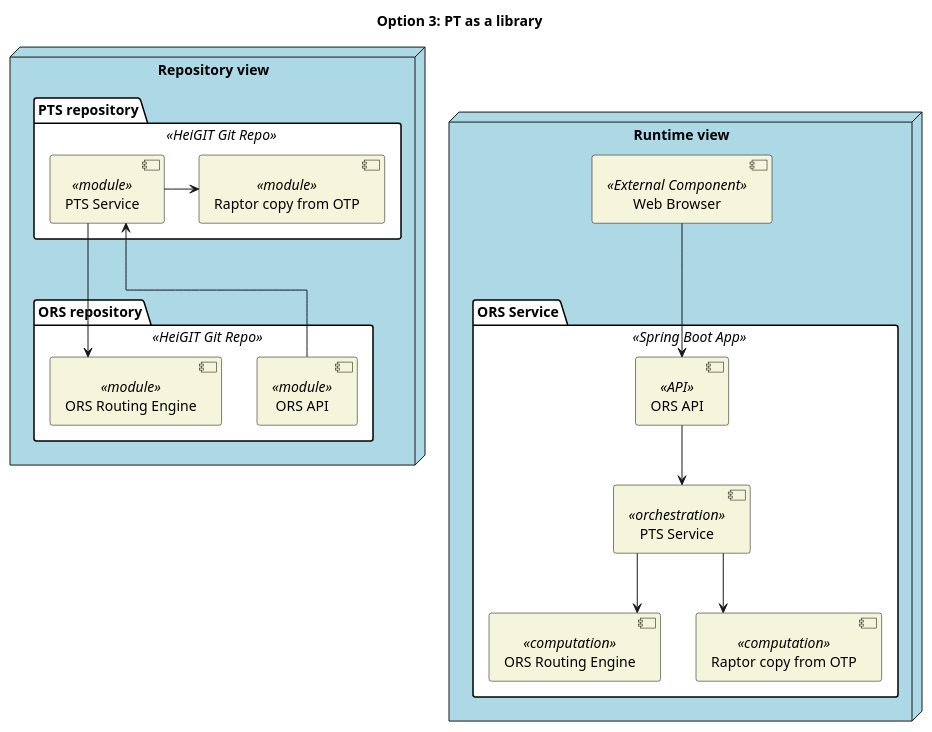
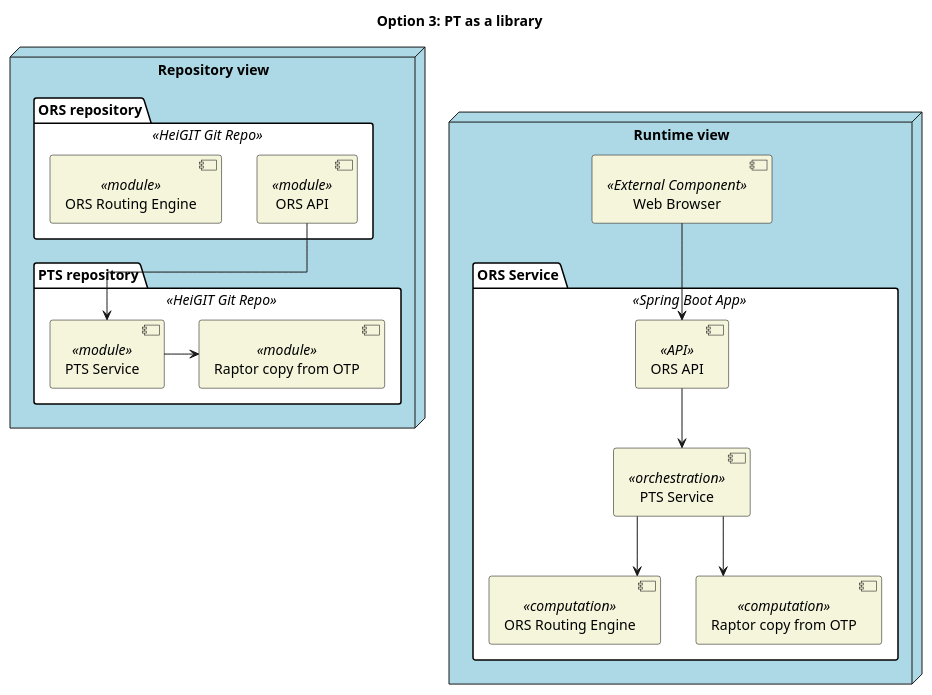
The diagram in diagrams/option_3.puml (GIScience/otp-raptor-experiment), drawn with PlantUML before and after one commit.

Commit message:
doc: fix repo view for option 3

```diff
--- a/diagrams/option_3.puml
+++ b/diagrams/option_3.puml
@@ -1,68 +1,67 @@
 @startuml
 
 title "Option 3: PT as a library"
 
 skinparam linetype ortho
 
 
 <style>
     node {
       BackGroundColor #lightblue
     }
 
     folder {
       BackGroundColor #white
     }
 
     component {
       BackGroundColor #beige
       LineColor black
     }
 </style>
 
 
 node "Repository view"  {
 
     folder "PTS repository" <<HeiGIT Git Repo>>  {
         component "PTS Service" as pts <<module>>
         component "Raptor copy from OTP" as raptormodule <<module>>
 
         pts -> raptormodule
     }
 
     folder "ORS repository" <<HeiGIT Git Repo>>  {
         component "ORS API" as ors_api <<module>>
         component "ORS Routing Engine" as routinglib <<module>>
     }
 
-    ors_api -> pts
-    pts ---> routinglib
+    ors_api --> pts
 
 
 
 }
 
 
 node "Runtime view"  {
 
     component "Web Browser" <<External Component>> as browser
 
 
     folder "ORS Service" as service <<Spring Boot App>> {
 
         component "ORS API" as api <<API>>
         component "ORS Routing Engine" as routing <<computation>>
         component "Raptor copy from OTP" as raptor <<computation>>
         component "PTS Service" as pts_service <<orchestration>>
 
         api --> pts_service
         pts_service --> routing
         pts_service --> raptor
     }
 
-    browser ---> api
+    browser --> api
 
 }
 
 
 @enduml
```
